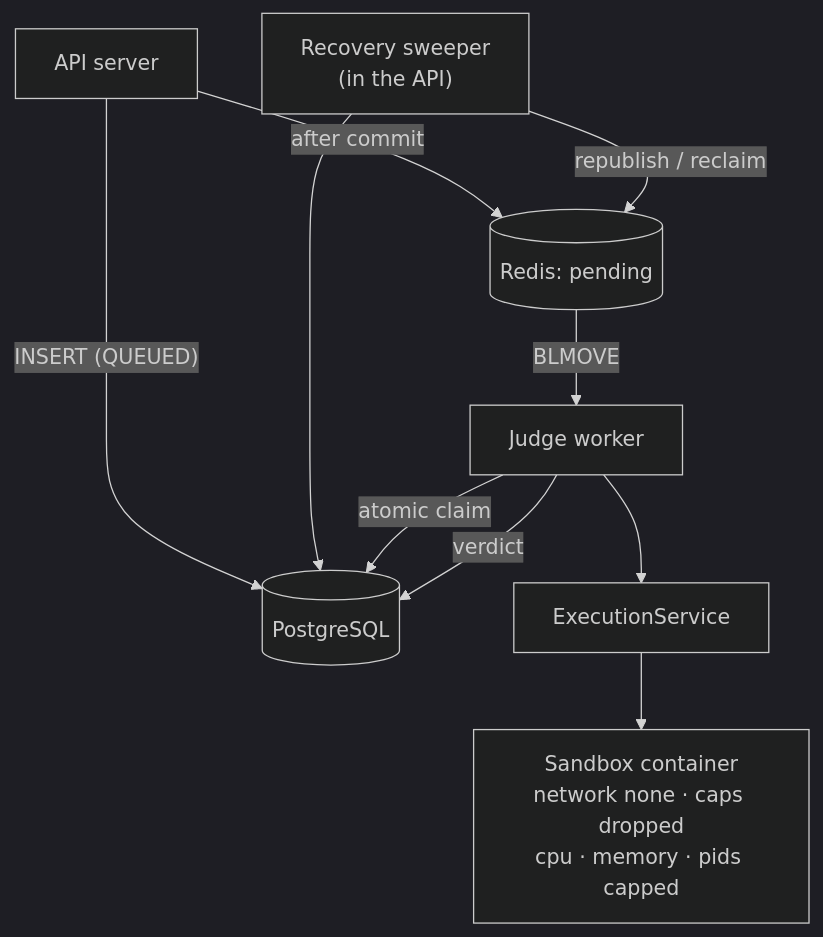
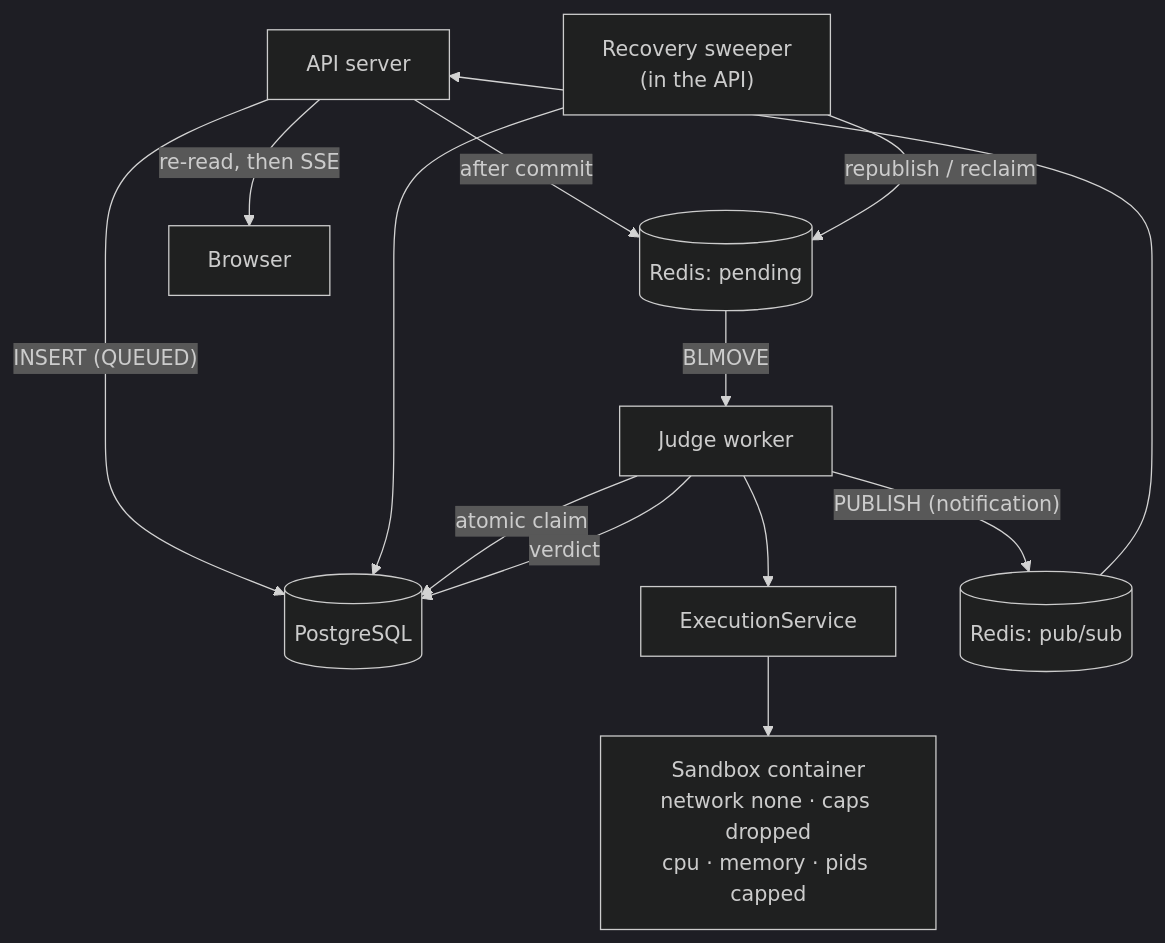
Before and after one commit to SatvikO7/codearena: the fourth of 4 diagrams in docs/architecture.md, drawn with Mermaid (dark theme). The commit also changed other lines of this file and 49 other files, not shown here.

````diff
--- a/docs/architecture.md
+++ b/docs/architecture.md
@@ -159,12 +159,15 @@
 ```mermaid
 flowchart TD
     API["API server"] -->|"INSERT (QUEUED)"| PG[("PostgreSQL")]
     API -->|"after commit"| Redis[("Redis: pending")]
     Sweeper["Recovery sweeper<br/>(in the API)"] -->|"republish / reclaim"| Redis
     Sweeper --> PG
     Redis -->|"BLMOVE"| Worker["Judge worker"]
     Worker -->|"atomic claim"| PG
     Worker --> Exec["ExecutionService"]
     Exec --> Sandbox["Sandbox container<br/>network none · caps dropped<br/>cpu · memory · pids capped"]
     Worker -->|"verdict"| PG
+    Worker -->|"PUBLISH (notification)"| Events[("Redis: pub/sub")]
+    Events --> API
+    API -->|"re-read, then SSE"| Browser["Browser"]
 ```
````
